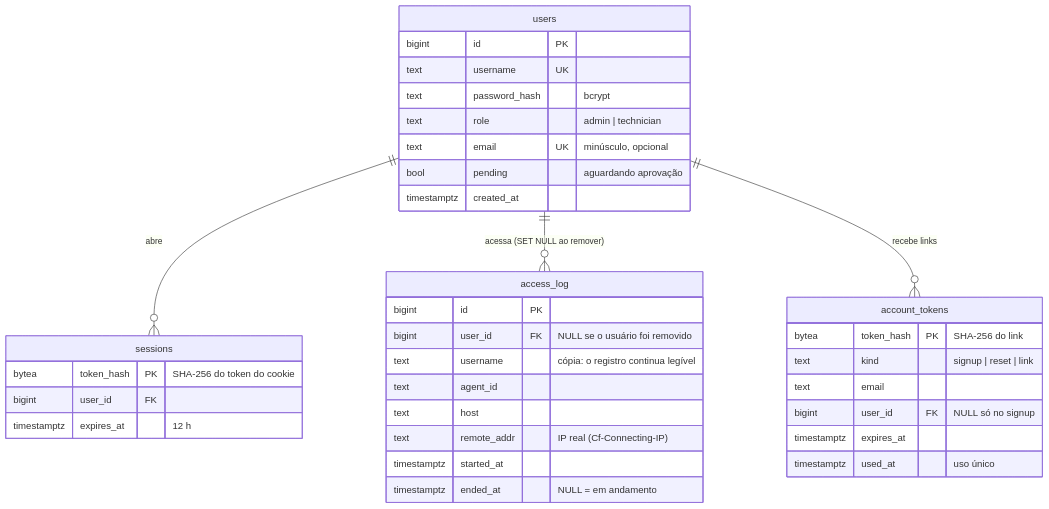
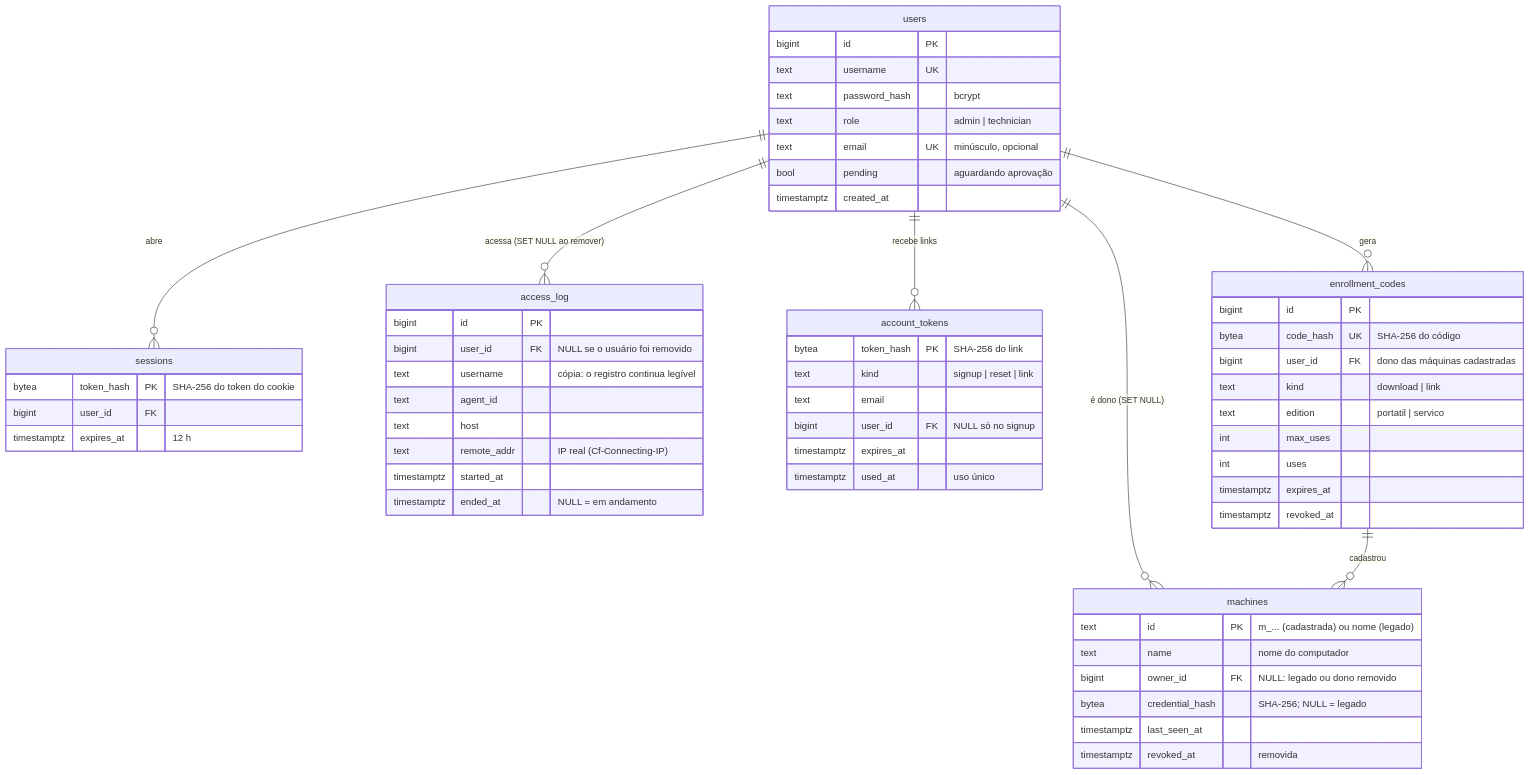
One commit to caetasousa/remoteIT changed the third of 3 diagrams in docs/ARQUITETURA.md. Above: the diagram before and after it, drawn with Mermaid. The commit also changed other lines of this file and 63 other files, not shown here.

````diff
--- a/docs/ARQUITETURA.md
+++ b/docs/ARQUITETURA.md
@@ -142,38 +153,60 @@
 ```mermaid
 erDiagram
     users ||--o{ sessions : "abre"
     users ||--o{ access_log : "acessa (SET NULL ao remover)"
     users ||--o{ account_tokens : "recebe links"
+    users ||--o{ enrollment_codes : "gera"
+    users ||--o{ machines : "é dono (SET NULL)"
+    enrollment_codes ||--o{ machines : "cadastrou"
     users {
         bigint id PK
         text username UK
         text password_hash "bcrypt"
         text role "admin | technician"
         text email UK "minúsculo, opcional"
         bool pending "aguardando aprovação"
         timestamptz created_at
     }
     sessions {
         bytea token_hash PK "SHA-256 do token do cookie"
         bigint user_id FK
         timestamptz expires_at "12 h"
     }
     access_log {
         bigint id PK
         bigint user_id FK "NULL se o usuário foi removido"
         text username "cópia: o registro continua legível"
         text agent_id
         text host
         text remote_addr "IP real (Cf-Connecting-IP)"
         timestamptz started_at
         timestamptz ended_at "NULL = em andamento"
     }
+    enrollment_codes {
+        bigint id PK
+        bytea code_hash UK "SHA-256 do código"
+        bigint user_id FK "dono das máquinas cadastradas"
+        text kind "download | link"
+        text edition "portatil | servico"
+        int max_uses
+        int uses
+        timestamptz expires_at
+        timestamptz revoked_at
+    }
+    machines {
+        text id PK "m_... (cadastrada) ou nome (legado)"
+        text name "nome do computador"
+        bigint owner_id FK "NULL: legado ou dono removido"
+        bytea credential_hash "SHA-256; NULL = legado"
+        timestamptz last_seen_at
+        timestamptz revoked_at "removida"
+    }
     account_tokens {
         bytea token_hash PK "SHA-256 do link"
         text kind "signup | reset | link"
         text email
         bigint user_id FK "NULL só no signup"
         timestamptz expires_at
         timestamptz used_at "uso único"
     }
 ```
````
